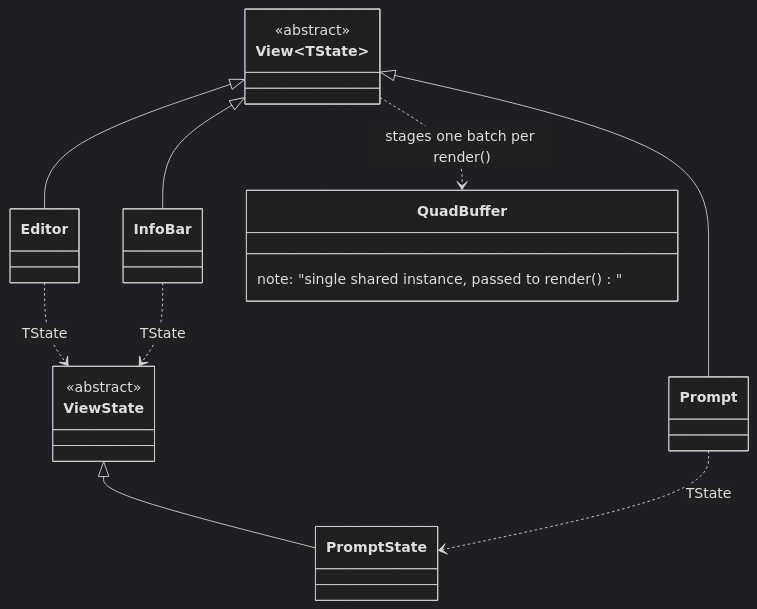
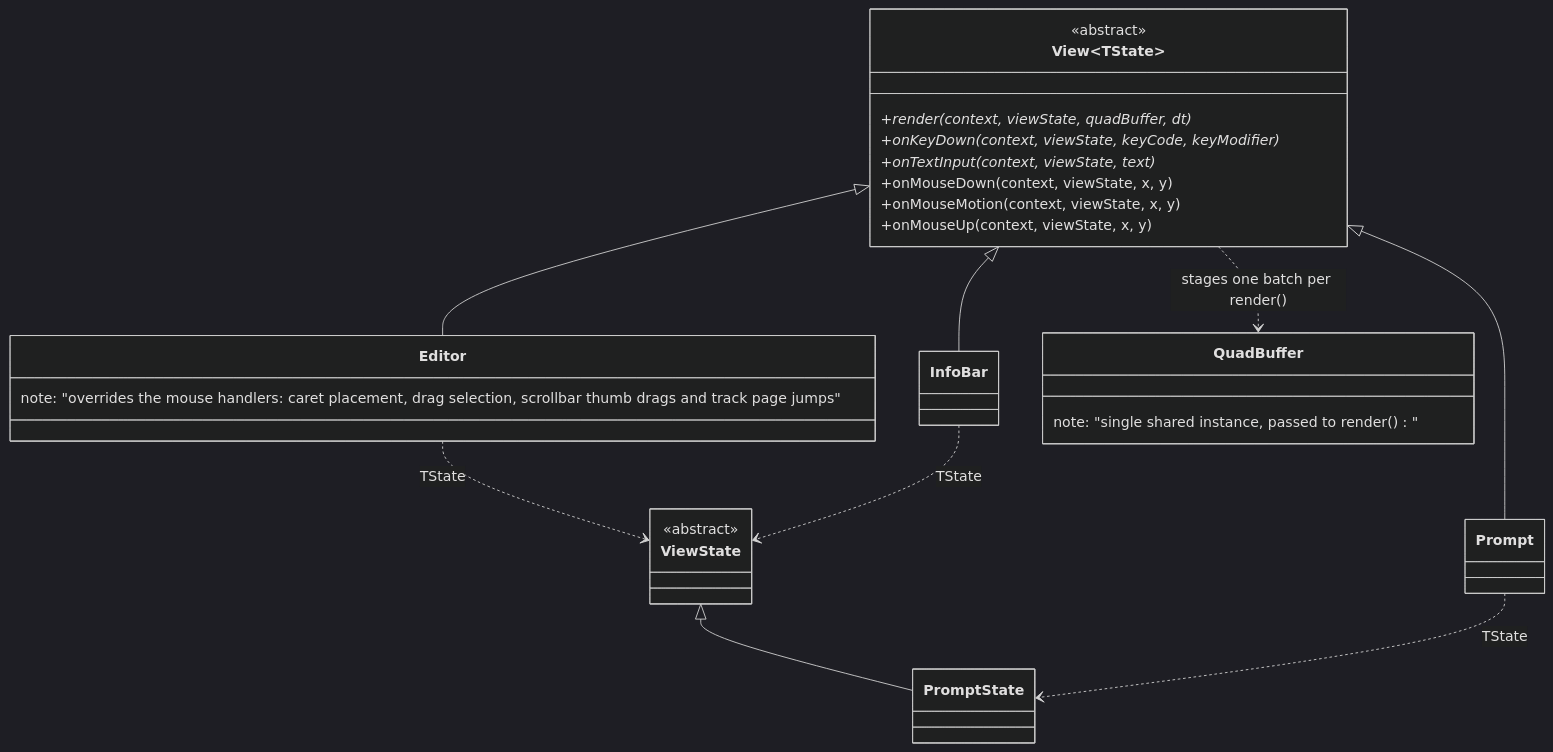
The eighth of 10 diagrams in docs/class_diagram.md (notnotme/bbloc), drawn with Mermaid (dark theme) before and after one commit. The commit also changed other lines of this file and 6 other files, not shown here.

First line of the commit message:
Add mouse support: caret placement, selection drag, scrollbar drag

````diff
--- a/docs/class_diagram.md
+++ b/docs/class_diagram.md
@@ -224,25 +224,33 @@
 ```mermaid
 classDiagram
     class ViewState {
         <<abstract>>
     }
     class PromptState
     class View~TState~ {
         <<abstract>>
+        +render(context, viewState, quadBuffer, dt)*
+        +onKeyDown(context, viewState, keyCode, keyModifier)*
+        +onTextInput(context, viewState, text)*
+        +onMouseDown(context, viewState, x, y)
+        +onMouseMotion(context, viewState, x, y)
+        +onMouseUp(context, viewState, x, y)
     }
-    class Editor
+    class Editor {
+        note: "overrides the mouse handlers: caret placement, drag selection, scrollbar thumb drags and track page jumps"
+    }
     class InfoBar
     class Prompt
     class QuadBuffer {
         note: "single shared instance, passed to render()"
     }
 
     ViewState <|-- PromptState
     View~TState~ <|-- Editor
     View~TState~ <|-- InfoBar
     View~TState~ <|-- Prompt
     Editor ..> ViewState : TState
     InfoBar ..> ViewState : TState
     Prompt ..> PromptState : TState
     View~TState~ ..> QuadBuffer : stages one batch per render()
 ```
````
